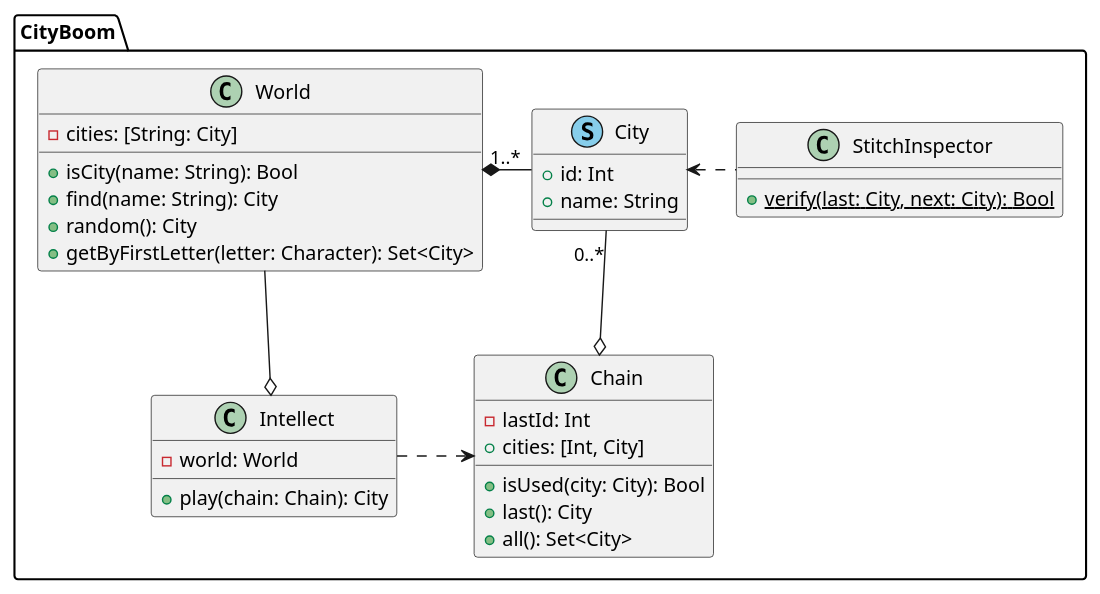
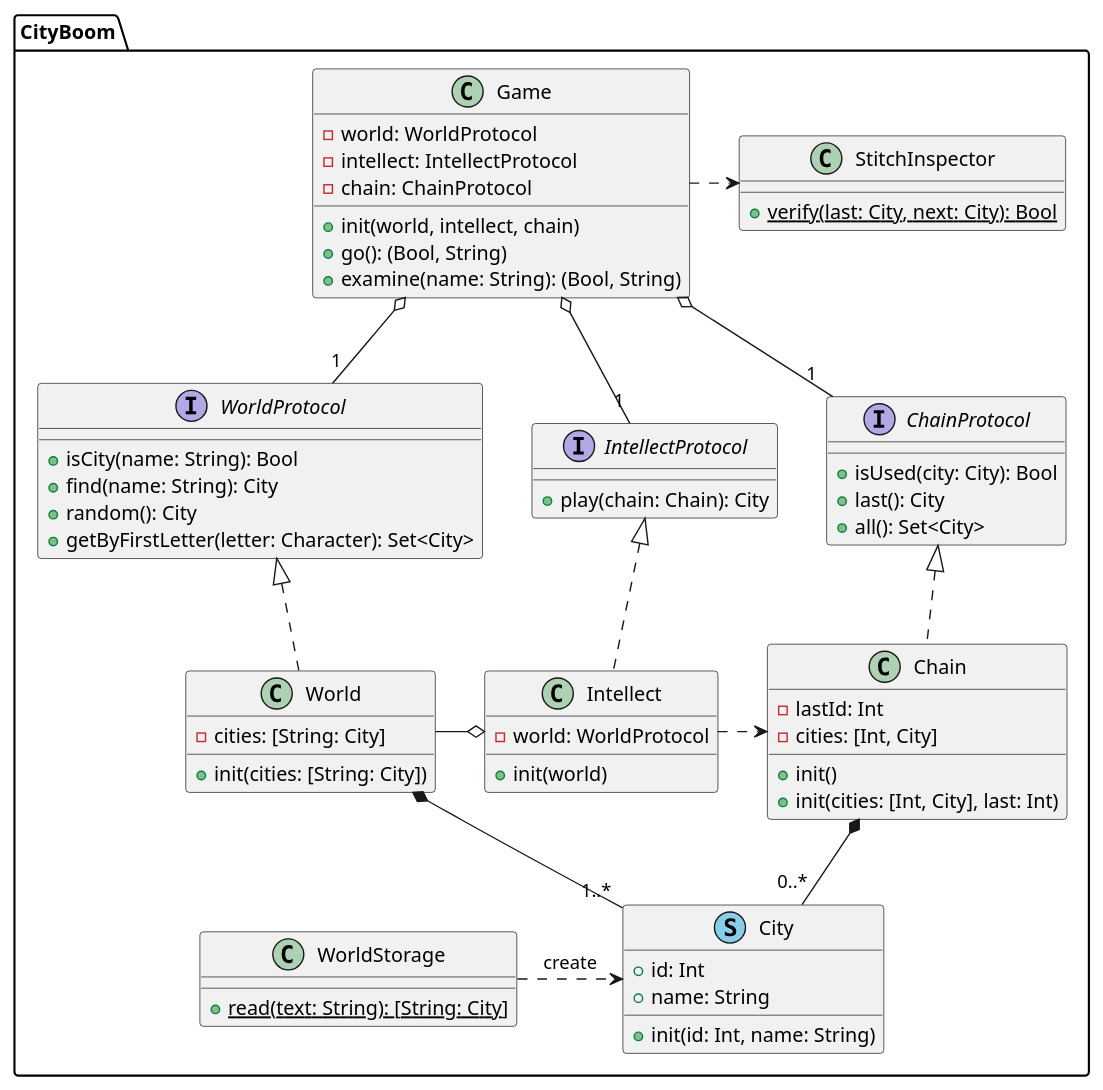
One commit to bonewell/cityboom changed the diagram in uml/classes.puml. Above: the diagram before and after it, drawn with PlantUML. The commit also changed 5 other files, not shown here.

Commit message:
Update UML diagrams

```diff
--- a/uml/classes.puml
+++ b/uml/classes.puml
@@ -1,34 +1,66 @@
 @startuml
 namespace CityBoom {
-    class World {
-        - cities: [String: City]
+    class Game {
+        - world: WorldProtocol
+        - intellect: IntellectProtocol
+        - chain: ChainProtocol
+        + init(world, intellect, chain)
+        + go(): (Bool, String)
+        + examine(name: String): (Bool, String)
+    }
+    interface WorldProtocol {
         + isCity(name: String): Bool
         + find(name: String): City
         + random(): City
         + getByFirstLetter(letter: Character): Set<City>
     }
-    class City << (S,skyblue) >> {
-        + id: Int
-        + name: String
+    interface IntellectProtocol {
+        + play(chain: Chain): City
     }
-    class Chain {
-        - lastId: Int
-        + cities: [Int, City]
+    interface ChainProtocol {
         + isUsed(city: City): Bool
         + last(): City
         + all(): Set<City>
     }
+    class World {
+        - cities: [String: City]
+        + init(cities: [String: City])
+    }
+    class Intellect {
+        - world: WorldProtocol
+        + init(world)
+    }
+    class Chain {
+        - lastId: Int
+        - cities: [Int, City]
+        + init()
+        + init(cities: [Int, City], last: Int)
+
+    }
     class StitchInspector {
         {static} + verify(last: City, next: City): Bool
     }
-    class Intellect {
-        - world: World
-        + play(chain: Chain): City
+    class City << (S,skyblue) >> {
+        + id: Int
+        + name: String
+        + init(id: Int, name: String)
     }
-    World *- "1..*" City
-    World --o Intellect
+    class WorldStorage {
+        {static} + read(text: String): [String: City]
+    }
+
+    Game o-- "1" WorldProtocol
+    Game o-- "1" IntellectProtocol
+    Game o-- "1" ChainProtocol
+    WorldProtocol <|.. World
+    IntellectProtocol <|.. Intellect
+    ChainProtocol <|.. Chain
+    World -o Intellect
     Intellect .> Chain
-    City "0..*" --o Chain
-    City <. StitchInspector
+    World *-- "1..*" City
+    Chain *-- "0..*" City
+    Game .> StitchInspector
+    WorldStorage .> City: create
+'    City <.. WorldStorage: create
 }
 @enduml
```
